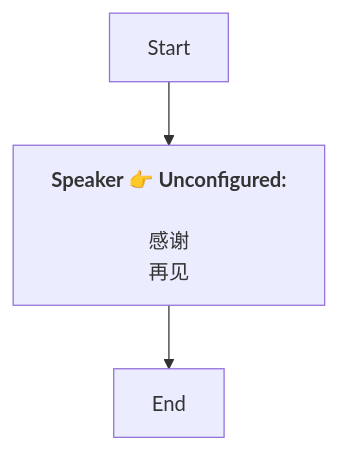
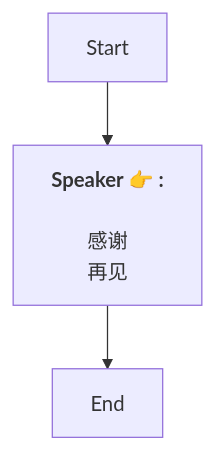
One commit to SoftHu/tos_avg changed the diagram in Zh/QuestTalkObjectiveNode_1746487751149824.md. Above: the diagram before and after it, drawn with Mermaid. The commit also changed 737 other files, not shown here.

````diff
--- a/Zh/QuestTalkObjectiveNode_1746487751149824.md
+++ b/Zh/QuestTalkObjectiveNode_1746487751149824.md
@@ -1,9 +1,7 @@
 ```mermaid
 graph
-Start -->1746491234524414[<b>Speaker 👉 Unconfigured:</b>
-
-感谢
-再见]
+Start -->1746491234524414[<b>Speaker 👉 :</b>
+\n感谢\n再见]
 1746491234524414 -->1746491251351807[End]
 
- ```
+```
````
